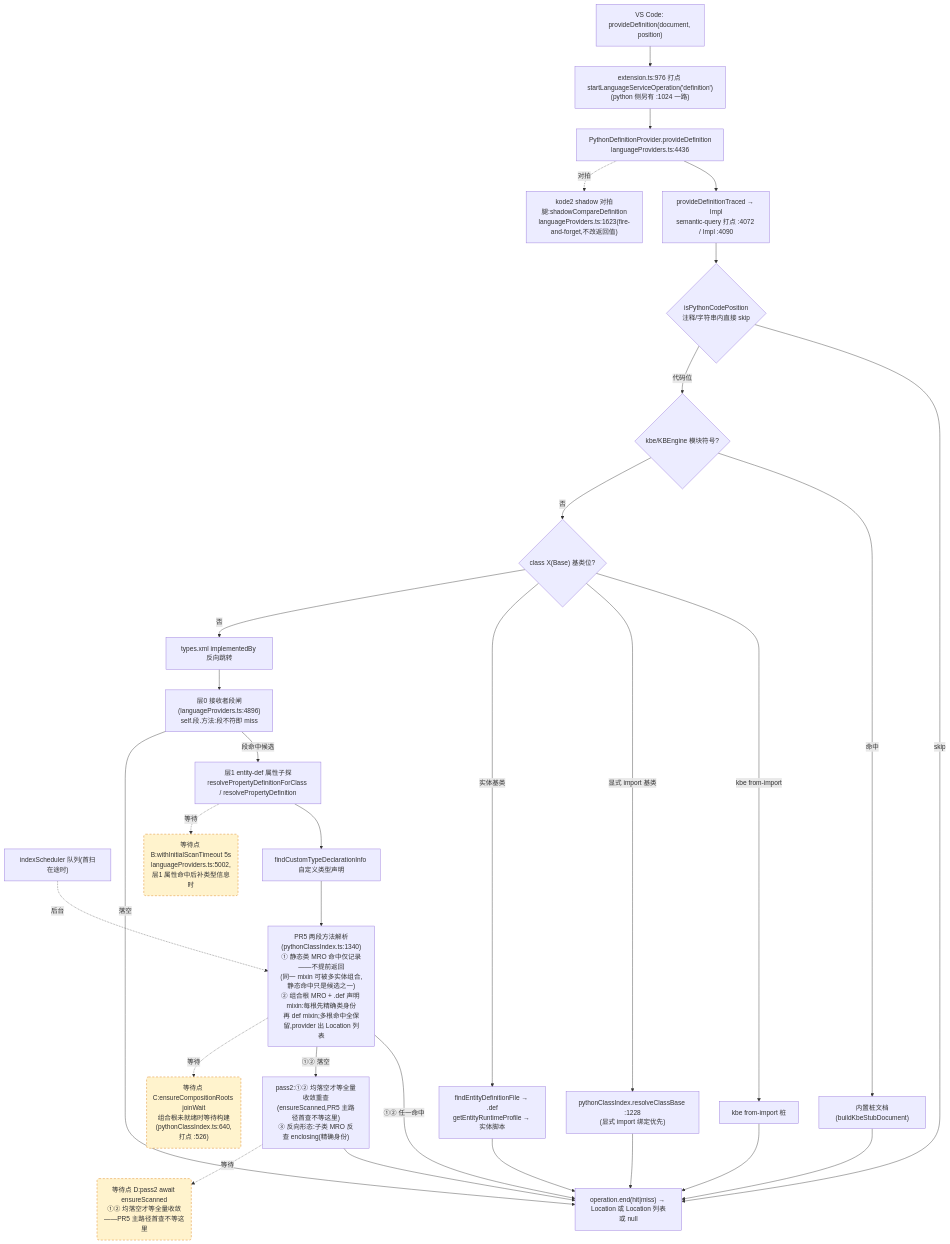
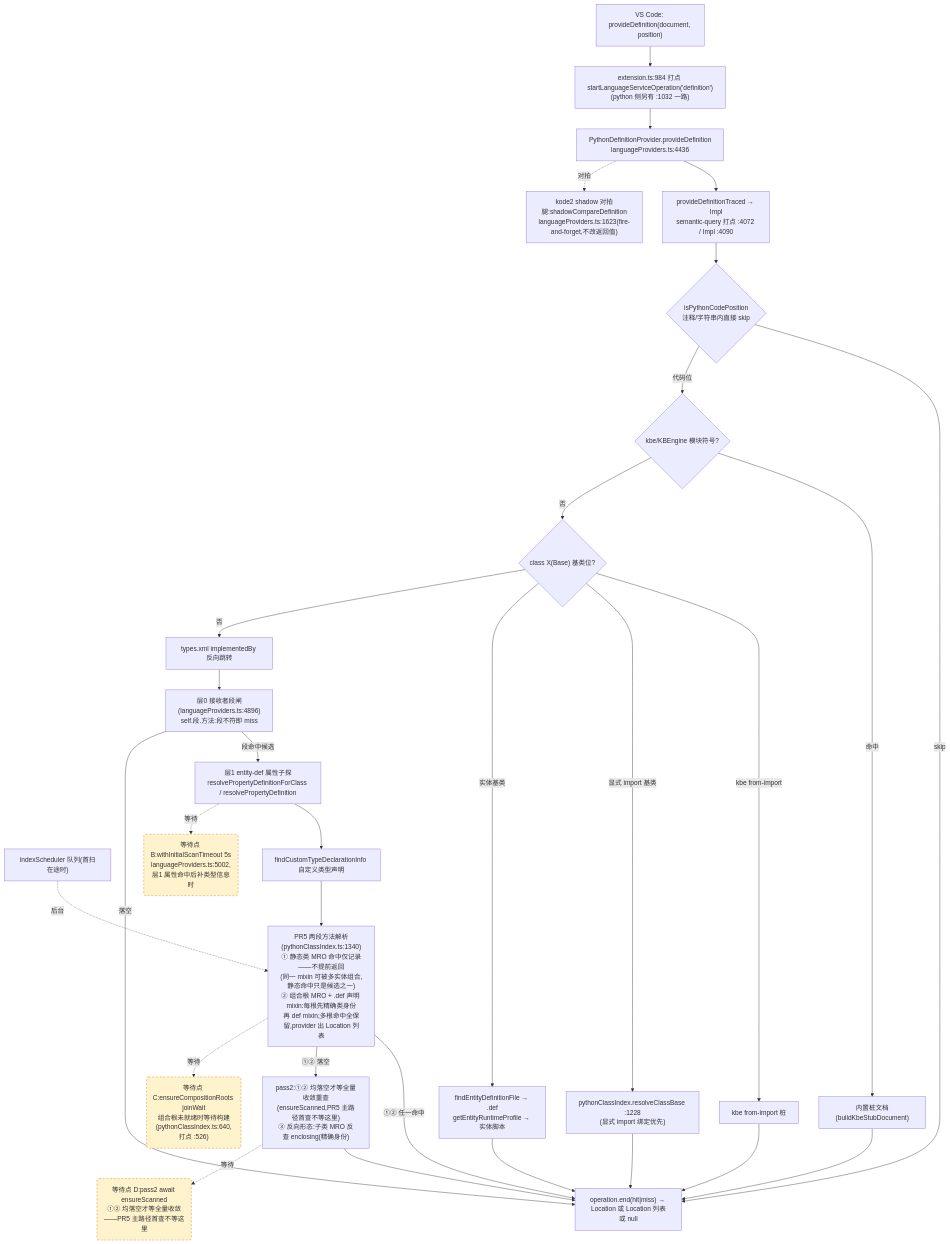
The second of 4 diagrams in docs/perf/2026-baseline.md (cuihairu/kode), drawn with Mermaid before and after one commit. The commit also changed other lines of this file and 12 other files, not shown here.

````diff
--- a/docs/perf/2026-baseline.md
+++ b/docs/perf/2026-baseline.md
@@ -130,51 +130,51 @@
 ```mermaid
 flowchart TD
   VC2["VS Code: provideDefinition(document, position)"]
-  M2["extension.ts:976 打点 startLanguageServiceOperation('definition')<br/>(python 侧另有 :1024 一路)"]
+  M2["extension.ts:984 打点 startLanguageServiceOperation('definition')<br/>(python 侧另有 :1032 一路)"]
   AD2["PythonDefinitionProvider.provideDefinition<br/>languageProviders.ts:4436"]
   TR["provideDefinitionTraced → Impl<br/>semantic-query 打点 :4072 / Impl :4090"]
   CTX{"isPythonCodePosition<br/>注释/字符串内直接 skip"}
   KBE{"kbe/KBEngine 模块符号?"}
   STUB["内置桩文档(buildKbeStubDocument)"]
   CB{"class X(Base) 基类位?"}
   CB1["kbe from-import 桩"]
   CB2["pythonClassIndex.resolveClassBase :1228<br/>(显式 import 绑定优先)"]
   CB3["findEntityDefinitionFile → .def<br/>getEntityRuntimeProfile → 实体脚本"]
   REV["types.xml implementedBy 反向跳转"]
   L0["层0 接收者段闸(languageProviders.ts:4896)<br/>self.段.方法:段不符即 miss"]
   L1["层1 entity-def 属性子探<br/>resolvePropertyDefinitionForClass / resolvePropertyDefinition"]
   SCAN["indexScheduler 队列(首扫在途时)"]
   TY["findCustomTypeDeclarationInfo 自定义类型声明"]
   MRO["PR5 两段方法解析(pythonClassIndex.ts:1340)<br/>① 静态类 MRO 命中仅记录——不提前返回<br/>(同一 mixin 可被多实体组合,静态命中只是候选之一)<br/>② 组合根 MRO + .def 声明 mixin:每根先精确类身份<br/>再 def mixin;多根命中全保留,provider 出 Location 列表"]
   PASS2["pass2:①② 均落空才等全量收敛重查<br/>(ensureScanned,PR5 主路径首查不等这里)<br/>③ 反向形态:子类 MRO 反查 enclosing(精确身份)"]
   SHD["kode2 shadow 对拍腿:shadowCompareDefinition<br/>languageProviders.ts:1623(fire-and-forget,不改返回值)"]
   END2["operation.end(hit|miss) → Location 或 Location 列表或 null"]
 
   VC2 --> M2 --> AD2 --> TR --> CTX
   CTX -- "skip" --> END2
   CTX -- "代码位" --> KBE
   KBE -- "命中" --> STUB --> END2
   KBE -- "否" --> CB
   CB -- "kbe from-import" --> CB1 --> END2
   CB -- "显式 import 基类" --> CB2 --> END2
   CB -- "实体基类" --> CB3 --> END2
   CB -- "否" --> REV --> L0
   L0 -- "段命中候选" --> L1
   L0 -- "落空" --> END2
   L1 --> TY
   TY --> MRO
   MRO -- "①② 任一命中" --> END2
   MRO -- "①② 落空" --> PASS2 --> END2
   AD2 -.->|对拍| SHD
 
   WAITB("等待点 B:withInitialScanTimeout 5s<br/>languageProviders.ts:5002,层1 属性命中后补类型信息时")
   WAITC("等待点 C:ensureCompositionRoots joinWait<br/>组合根未就绪时等待构建(pythonClassIndex.ts:640,打点 :526)")
   WAITD("等待点 D:pass2 await ensureScanned<br/>①② 均落空才等全量收敛——PR5 主路径首查不等这里")
   L1 -.->|等待| WAITB
   MRO -.->|等待| WAITC
   PASS2 -.->|等待| WAITD
   SCAN -.->|后台| MRO
 
   classDef waitPoint fill:#fff3cd,stroke:#d97706,stroke-dasharray:5 4;
   class WAITB,WAITC,WAITD waitPoint;
 ```
````
